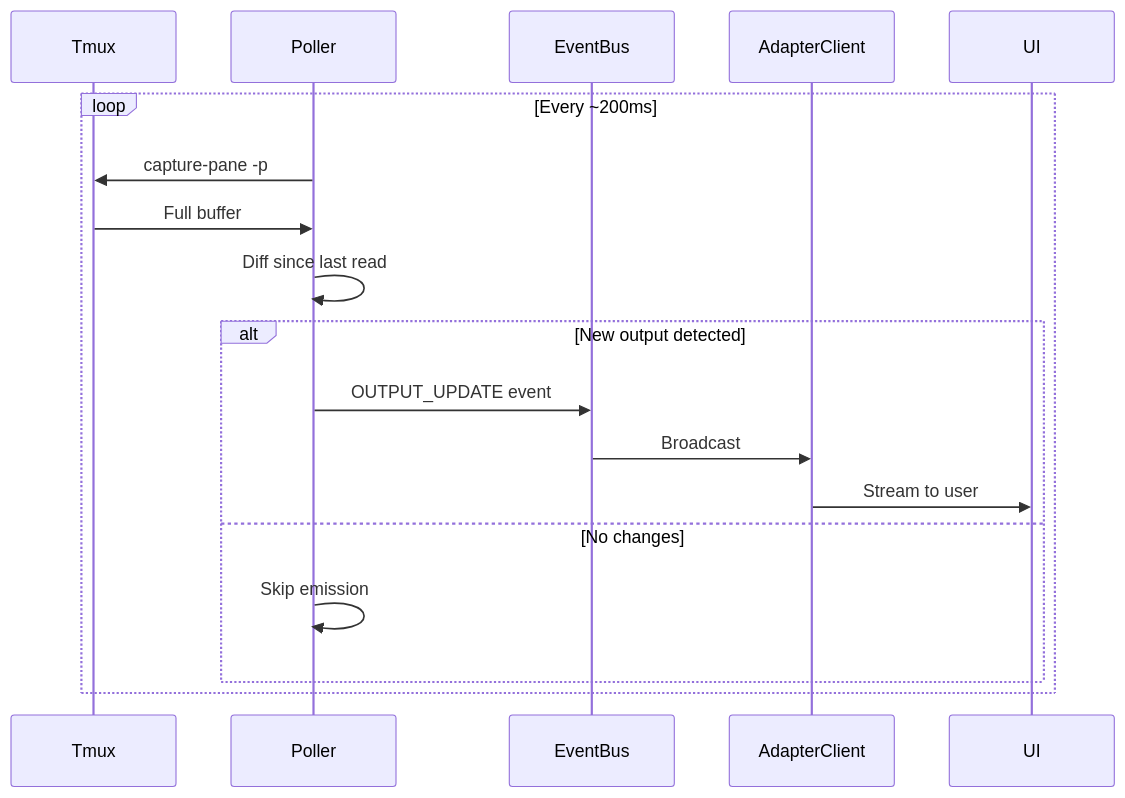
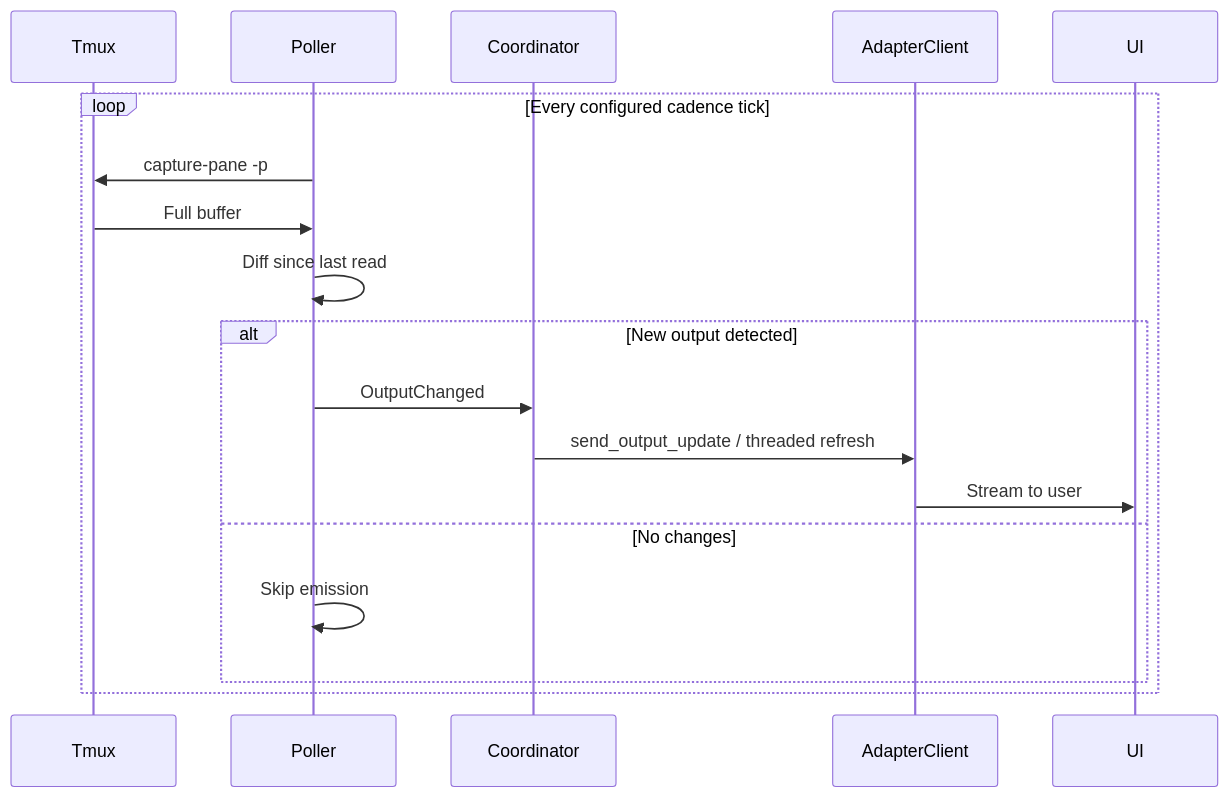
Before and after one commit to InstruktAI/TeleClaude: the first of 3 diagrams in docs/project/design/architecture/output-polling.md, drawn with Mermaid. The commit also changed other lines of this file and 14 other files, not shown here.

````diff
--- a/docs/project/design/architecture/output-polling.md
+++ b/docs/project/design/architecture/output-polling.md
@@ -25,21 +24,21 @@
 ```mermaid
 sequenceDiagram
     participant Tmux
     participant Poller
-    participant EventBus
+    participant Coordinator
     participant AdapterClient
     participant UI
 
-    loop Every ~200ms
+    loop Every configured cadence tick
         Poller->>Tmux: capture-pane -p
         Tmux->>Poller: Full buffer
         Poller->>Poller: Diff since last read
         alt New output detected
-            Poller->>EventBus: OUTPUT_UPDATE event
-            EventBus->>AdapterClient: Broadcast
+            Poller->>Coordinator: OutputChanged
+            Coordinator->>AdapterClient: send_output_update / threaded refresh
             AdapterClient->>UI: Stream to user
         else No changes
             Poller->>Poller: Skip emission
         end
     end
 ```
````
